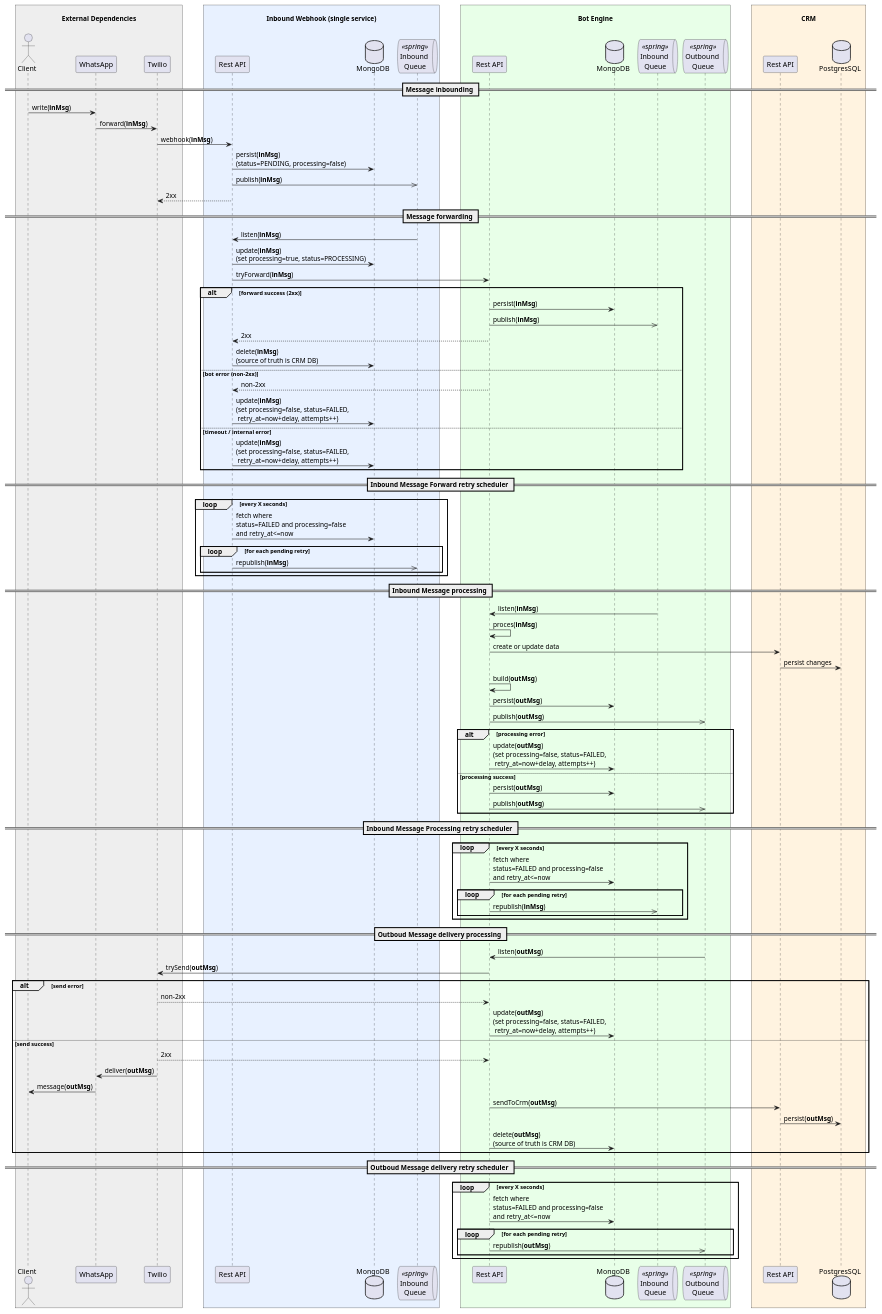
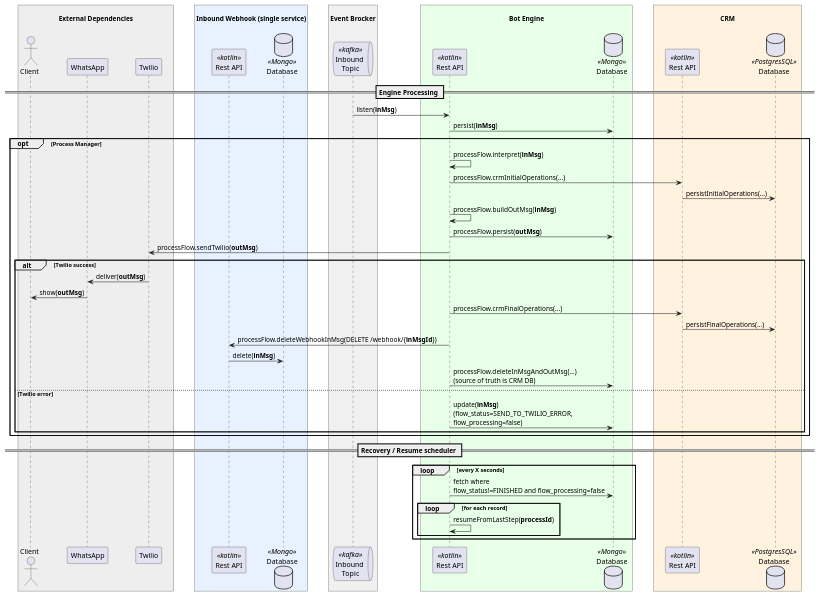
The second of 2 diagrams in README.md (luizlab1/crm), drawn with PlantUML before and after one commit. The commit also changed other lines of this file and 1 other file, not shown here.

````diff
--- a/README.md
+++ b/README.md
@@ -110,9 +117,7 @@
 ```plantuml
-@startuml 
-
+@startuml
 skinparam BoxPadding 20
 skinparam ParticipantPadding 20
-
 
 box "\nExternal Dependencies\n" #EEEEEE
   actor Client as client
@@ -121,110 +126,64 @@
 end box
 
 box "\nInbound Webhook (single service)\n" #E8F1FF
-  participant "Rest API" as webhookApi
-  database "MongoDB" as webhookDb
-  queue "Inbound \nQueue" as inboundQueue <<spring>>
+  participant "Rest API" as webhookApi <<kotlin>>
+  database "Database" as webhookInboxDb <<Mongo>>
+end box
+
+box "\nEvent Brocker\n" #F0F0F0
+  queue "Inbound \nTopic" as inboundTopic <<kafka>>
 end box
 
 box "\nBot Engine\n" #E8FFE8
-  participant "Rest API" as botApi
-  database "MongoDB" as botDb
-  queue "Inbound \nQueue" as botInboundQueue <<spring>>
-  queue "Outbound \nQueue" as outboundQueue <<spring>>
+  participant "Rest API" as botApi <<kotlin>>
+  database "Database" as botInboxDb <<Mongo>>
 end box
 
 box "\nCRM\n" #FFF3E0
-  participant "Rest API" as crmApi
-  database "PostgresSQL" as crmDb
+  participant "Rest API" as crmApi <<kotlin>>
+  database "Database" as crmDb <<PostgresSQL>>
 end box
 
-== Message inbounding ==
-client -> whatsapp : write(<b>inMsg</b>)
-whatsapp -> twilio : forward(<b>inMsg</b>)
-twilio -> webhookApi : webhook(<b>inMsg</b>)
+== Engine Processing ==
+botApi <- inboundTopic : listen(<b>inMsg</b>)
+botApi -> botInboxDb : persist(<b>inMsg</b>)
 
-webhookApi -> webhookDb : persist(<b>inMsg</b>)\n(status=PENDING, processing=false)
-webhookApi ->> inboundQueue : publish(<b>inMsg</b>)
-webhookApi --> twilio : 2xx
+opt Process Manager
 
-== Message forwarding ==
-webhookApi <- inboundQueue : listen(<b>inMsg</b>)
-webhookApi -> webhookDb : update(<b>inMsg</b>)\n(set processing=true, status=PROCESSING)
+  botApi -> botApi : processFlow.interpret(<b>inMsg</b>)
+  botApi -> crmApi : processFlow.crmInitialOperations(...)
+  crmApi -> crmDb : persistInitialOperations(...)
+  
+    botApi -> botApi : processFlow.buildOutMsg(<b>inMsg</b>)
+    botApi -> botInboxDb : processFlow.persist(<b>outMsg</b>)
 
-webhookApi -> botApi : tryForward(<b>inMsg</b>)
+    botApi -> twilio : processFlow.sendTwilio(<b>outMsg</b>)
+    alt Twilio success
+      twilio -> whatsapp : deliver(<b>outMsg</b>)
+      whatsapp -> client : show(<b>outMsg</b>)
+      botApi -> crmApi : processFlow.crmFinalOperations(...)
+  
+  
+        crmApi -> crmDb : persistFinalOperations(...)
+        botApi -> webhookApi : processFlow.deleteWebhookInMsg(DELETE /webhook/{<b>inMsgId</b>})
+        webhookApi -> webhookInboxDb : delete(<b>inMsg</b>)
+        botApi -> botInboxDb : processFlow.deleteInMsgAndOutMsg(...)\n(source of truth is CRM DB)
+   
 
-alt forward success (2xx)
-  botApi -> botDb : persist(<b>inMsg</b>)
-  botApi ->> botInboundQueue : publish(<b>inMsg</b>)
-  botApi --> webhookApi : 2xx
-  webhookApi -> webhookDb : delete(<b>inMsg</b>)\n(source of truth is CRM DB)
+    else Twilio error
+      botApi -> botInboxDb : update(<b>inMsg</b>)\n(flow_status=SEND_TO_TWILIO_ERROR,\nflow_processing=false)
+    end
 
-else bot error (non-2xx)
-  botApi --> webhookApi : non-2xx
-  webhookApi -> webhookDb : update(<b>inMsg</b>)\n(set processing=false, status=FAILED,\n retry_at=now+delay, attempts++)
-
-else timeout / internal error
-  webhookApi -> webhookDb : update(<b>inMsg</b>)\n(set processing=false, status=FAILED,\n retry_at=now+delay, attempts++)
 end
 
-== Inbound Message Forward retry scheduler ==
+== Recovery / Resume scheduler ==
 loop every X seconds
-  webhookApi -> webhookDb : fetch where\nstatus=FAILED and processing=false\nand retry_at<=now
-  loop for each pending retry
-    webhookApi ->> inboundQueue : republish(<b>inMsg</b>)
-  end
-end
-
-== Inbound Message processing ==
-botApi <- botInboundQueue : listen(<b>inMsg</b>)
-botApi -> botApi : proces(<b>inMsg</b>)
-botApi -> crmApi : create or update data
-crmApi -> crmDb : persist changes
-  
-botApi -> botApi : build(<b>outMsg</b>)
-botApi -> botDb : persist(<b>outMsg</b>)
-botApi ->> outboundQueue : publish(<b>outMsg</b>)
-
-alt processing error
-  botApi -> botDb : update(<b>outMsg</b>)\n(set processing=false, status=FAILED,\n retry_at=now+delay, attempts++)
-else processing success
-  botApi -> botDb : persist(<b>outMsg</b>)
-  botApi ->> outboundQueue : publish(<b>outMsg</b>)
-end
-
-== Inbound Message Processing retry scheduler ==
-loop every X seconds
-  botApi -> botDb : fetch where\nstatus=FAILED and processing=false\nand retry_at<=now
-  loop for each pending retry
-    botApi ->> botInboundQueue : republish(<b>inMsg</b>) 
-  end
-end
-
-== Outboud Message delivery processing ==
-botApi <- outboundQueue : listen(<b>outMsg</b>)
-botApi -> twilio : trySend(<b>outMsg</b>) 
-
-alt send error
-  twilio --> botApi : non-2xx
-  botApi -> botDb : update(<b>outMsg</b>)\n(set processing=false, status=FAILED,\n retry_at=now+delay, attempts++)
-
-else send success
-  twilio --> botApi : 2xx
-  twilio -> whatsapp : deliver(<b>outMsg</b>)
-  whatsapp -> client : message(<b>outMsg</b>)
-  botApi -> crmApi : sendToCrm(<b>outMsg</b>) 
- 
-  crmApi -> crmDb : persist(<b>outMsg</b>)
-  botApi -> botDb : delete(<b>outMsg</b>)\n(source of truth is CRM DB)
-end
-
-== Outboud Message delivery retry scheduler ==
-loop every X seconds
-  botApi -> botDb : fetch where\nstatus=FAILED and processing=false\nand retry_at<=now
-  loop for each pending retry
-    botApi ->> outboundQueue : republish(<b>outMsg</b>)
+  botApi -> botInboxDb : fetch where\nflow_status!=FINISHED and flow_processing=false
+  loop for each record
+    botApi -> botApi : resumeFromLastStep(<b>processId</b>)
   end
 end
 
 @enduml
+
 ```
````
